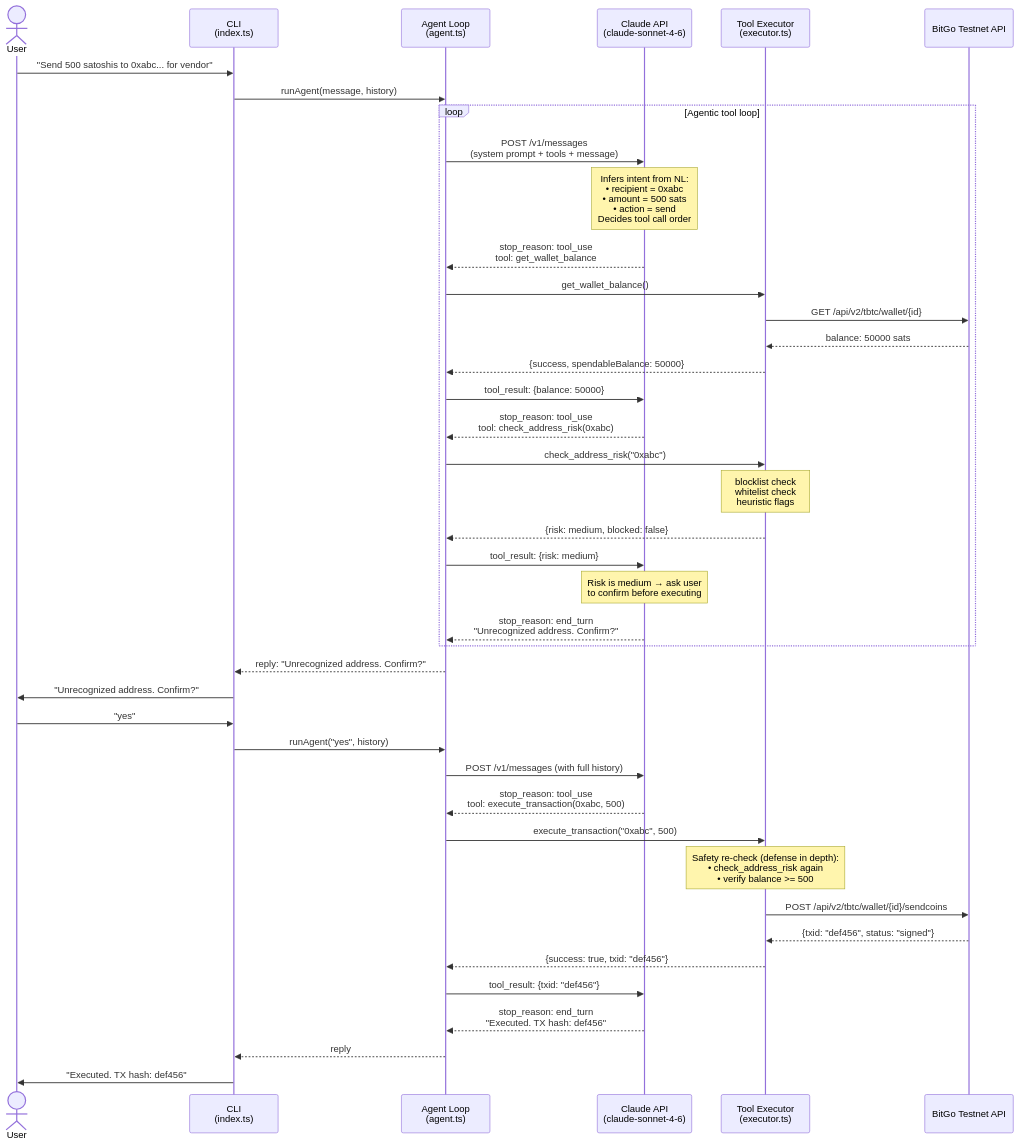
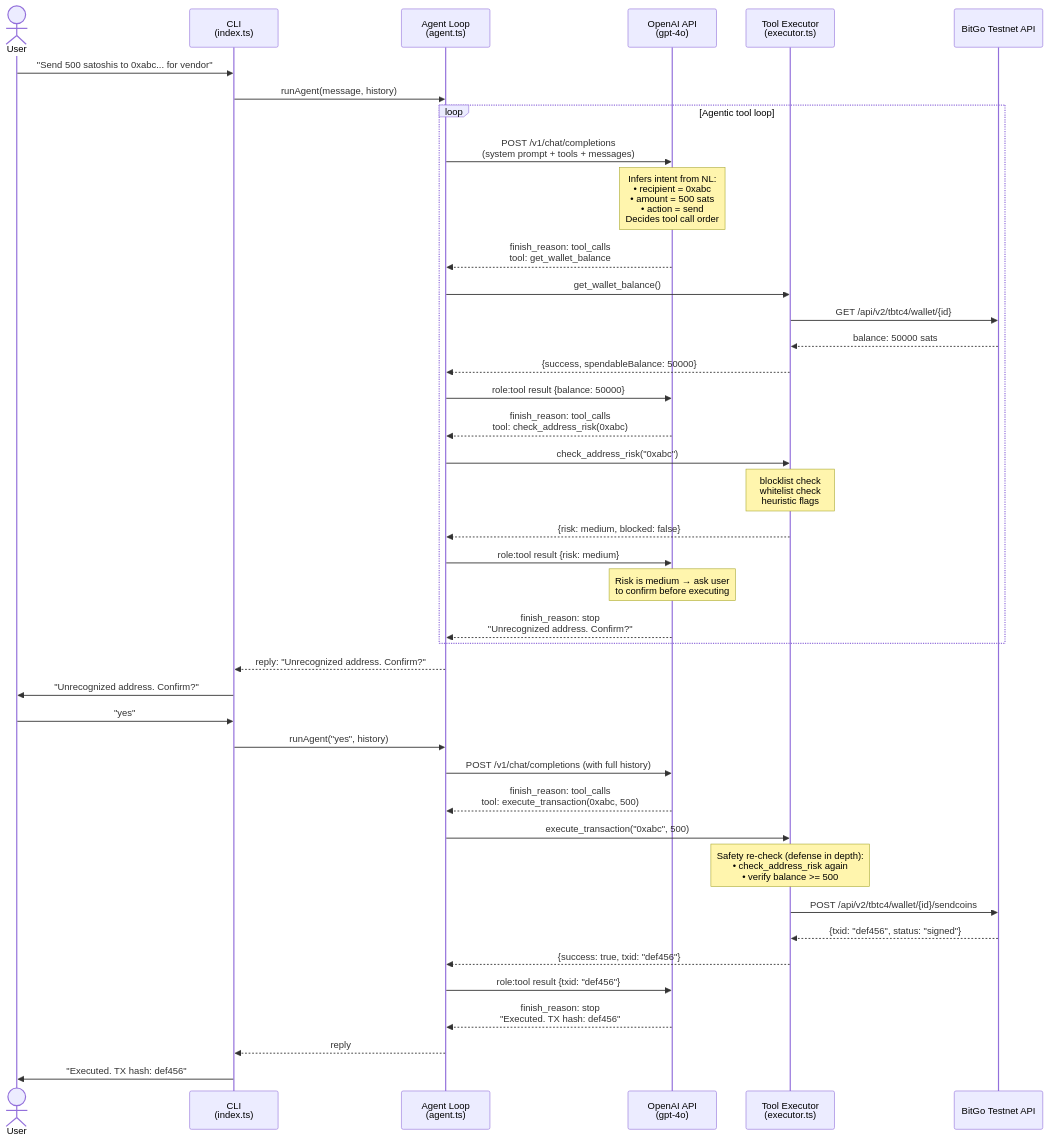
One commit to vselvaraj6/teamsquare-bitgo changed the first of 3 diagrams in README.md. Above: the diagram before and after it, drawn with Mermaid. The commit also changed other lines of this file, not shown here.

````diff
--- a/README.md
+++ b/README.md
@@ -133,53 +141,53 @@
 ```mermaid
 sequenceDiagram
     actor User
     participant CLI as CLI<br/>(index.ts)
     participant Agent as Agent Loop<br/>(agent.ts)
-    participant Claude as Claude API<br/>(claude-sonnet-4-6)
+    participant GPT as OpenAI API<br/>(gpt-4o)
     participant Executor as Tool Executor<br/>(executor.ts)
     participant BitGo as BitGo Testnet API
 
     User->>CLI: "Send 500 satoshis to 0xabc... for vendor"
     CLI->>Agent: runAgent(message, history)
 
     loop Agentic tool loop
-        Agent->>Claude: POST /v1/messages<br/>(system prompt + tools + message)
-        Note over Claude: Infers intent from NL:<br/>• recipient = 0xabc<br/>• amount = 500 sats<br/>• action = send<br/>Decides tool call order
-        Claude-->>Agent: stop_reason: tool_use<br/>tool: get_wallet_balance
+        Agent->>GPT: POST /v1/chat/completions<br/>(system prompt + tools + messages)
+        Note over GPT: Infers intent from NL:<br/>• recipient = 0xabc<br/>• amount = 500 sats<br/>• action = send<br/>Decides tool call order
+        GPT-->>Agent: finish_reason: tool_calls<br/>tool: get_wallet_balance
 
         Agent->>Executor: get_wallet_balance()
-        Executor->>BitGo: GET /api/v2/tbtc/wallet/{id}
+        Executor->>BitGo: GET /api/v2/tbtc4/wallet/{id}
         BitGo-->>Executor: balance: 50000 sats
         Executor-->>Agent: {success, spendableBalance: 50000}
 
-        Agent->>Claude: tool_result: {balance: 50000}
-        Claude-->>Agent: stop_reason: tool_use<br/>tool: check_address_risk(0xabc)
+        Agent->>GPT: role:tool result {balance: 50000}
+        GPT-->>Agent: finish_reason: tool_calls<br/>tool: check_address_risk(0xabc)
 
         Agent->>Executor: check_address_risk("0xabc")
         Note over Executor: blocklist check<br/>whitelist check<br/>heuristic flags
         Executor-->>Agent: {risk: medium, blocked: false}
 
-        Agent->>Claude: tool_result: {risk: medium}
-        Note over Claude: Risk is medium → ask user<br/>to confirm before executing
-        Claude-->>Agent: stop_reason: end_turn<br/>"Unrecognized address. Confirm?"
+        Agent->>GPT: role:tool result {risk: medium}
+        Note over GPT: Risk is medium → ask user<br/>to confirm before executing
+        GPT-->>Agent: finish_reason: stop<br/>"Unrecognized address. Confirm?"
     end
 
     Agent-->>CLI: reply: "Unrecognized address. Confirm?"
     CLI->>User: "Unrecognized address. Confirm?"
     User->>CLI: "yes"
 
     CLI->>Agent: runAgent("yes", history)
-    Agent->>Claude: POST /v1/messages (with full history)
-    Claude-->>Agent: stop_reason: tool_use<br/>tool: execute_transaction(0xabc, 500)
+    Agent->>GPT: POST /v1/chat/completions (with full history)
+    GPT-->>Agent: finish_reason: tool_calls<br/>tool: execute_transaction(0xabc, 500)
 
     Agent->>Executor: execute_transaction("0xabc", 500)
     Note over Executor: Safety re-check (defense in depth):<br/>• check_address_risk again<br/>• verify balance >= 500
-    Executor->>BitGo: POST /api/v2/tbtc/wallet/{id}/sendcoins
+    Executor->>BitGo: POST /api/v2/tbtc4/wallet/{id}/sendcoins
     BitGo-->>Executor: {txid: "def456", status: "signed"}
     Executor-->>Agent: {success: true, txid: "def456"}
 
-    Agent->>Claude: tool_result: {txid: "def456"}
-    Claude-->>Agent: stop_reason: end_turn<br/>"Executed. TX hash: def456"
+    Agent->>GPT: role:tool result {txid: "def456"}
+    GPT-->>Agent: finish_reason: stop<br/>"Executed. TX hash: def456"
     Agent-->>CLI: reply
     CLI->>User: "Executed. TX hash: def456"
 ```
````
